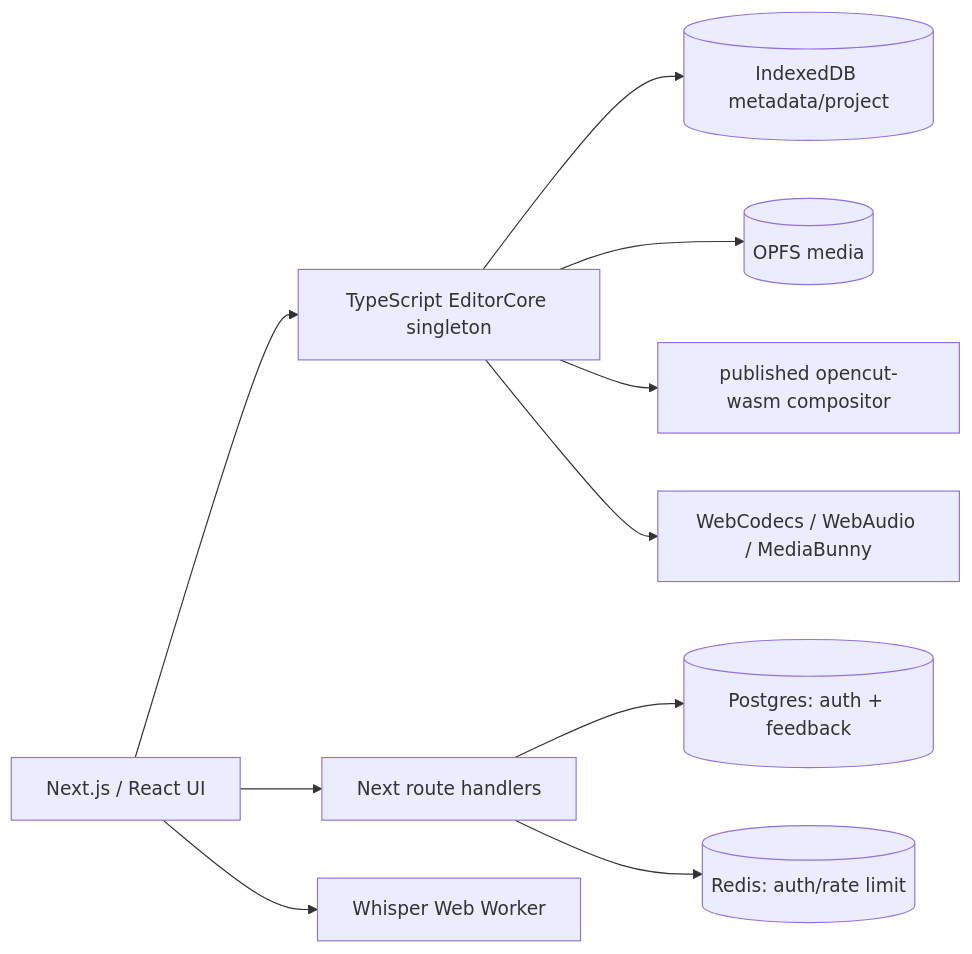
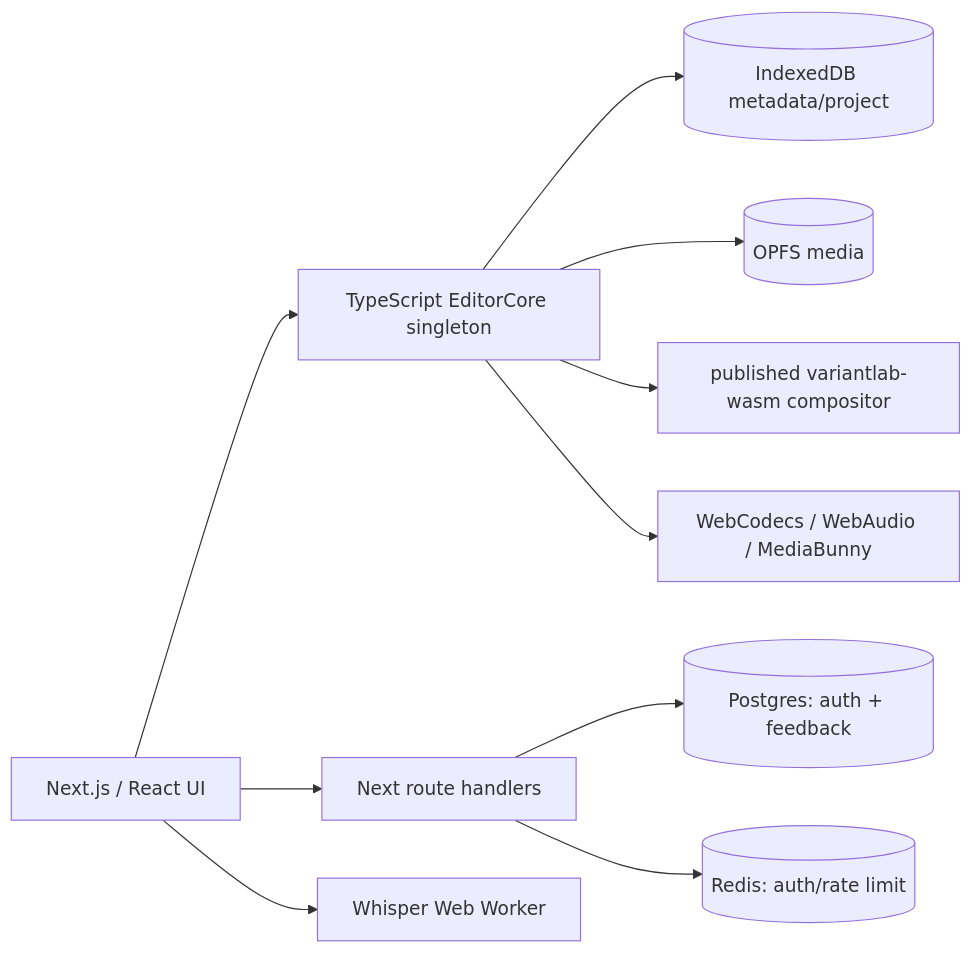
One commit to godaylor/variantlab changed the first of 3 diagrams in docs/ARCHITECTURE.md. Above: the diagram before and after it, drawn with Mermaid. The commit also changed other lines of this file and 101 other files, not shown here.

````diff
--- a/docs/ARCHITECTURE.md
+++ b/docs/ARCHITECTURE.md
@@ -30,12 +30,12 @@
 ```mermaid
 flowchart LR
     UI[Next.js / React UI] --> CORE[TypeScript EditorCore singleton]
     CORE --> IDB[(IndexedDB metadata/project)]
     CORE --> OPFS[(OPFS media)]
-    CORE --> WASM[published opencut-wasm compositor]
+    CORE --> WASM[published variantlab-wasm compositor]
     CORE --> WEB[WebCodecs / WebAudio / MediaBunny]
     UI --> ROUTES[Next route handlers]
     ROUTES --> PG[(Postgres: auth + feedback)]
     ROUTES --> REDIS[(Redis: auth/rate limit)]
     UI --> WW[Whisper Web Worker]
 ```
````
